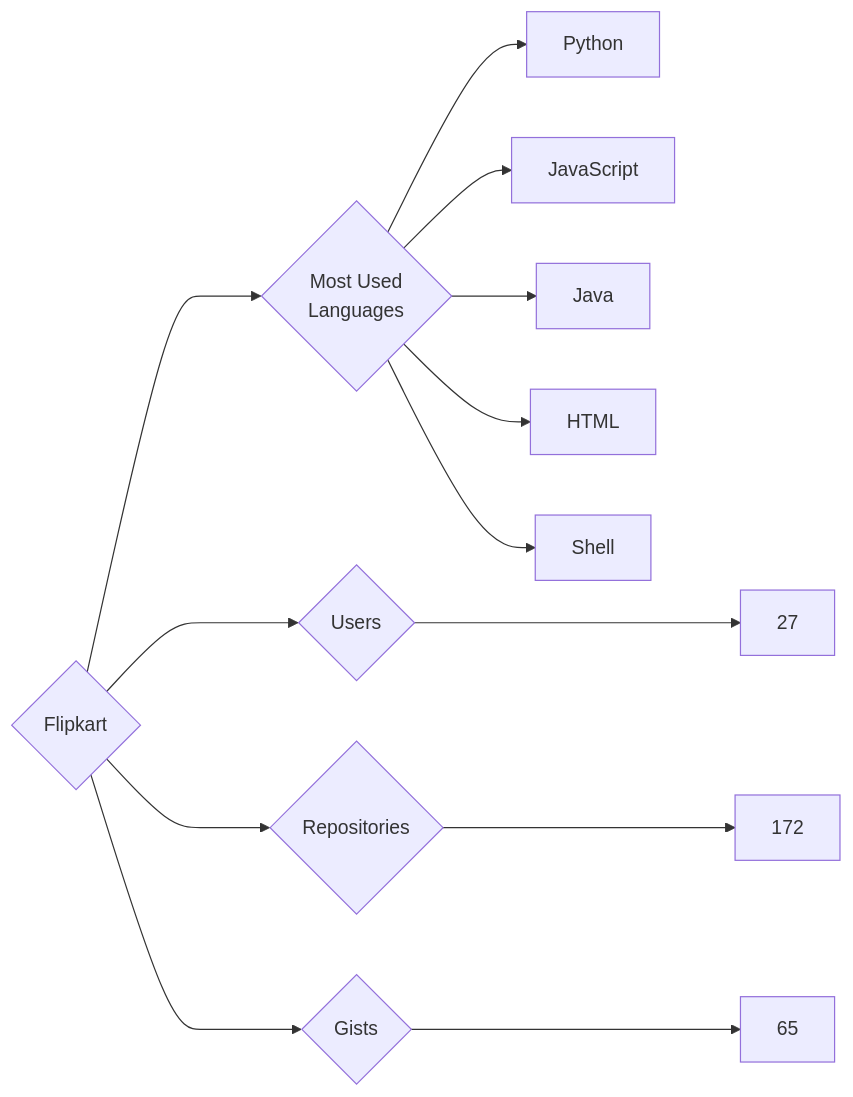
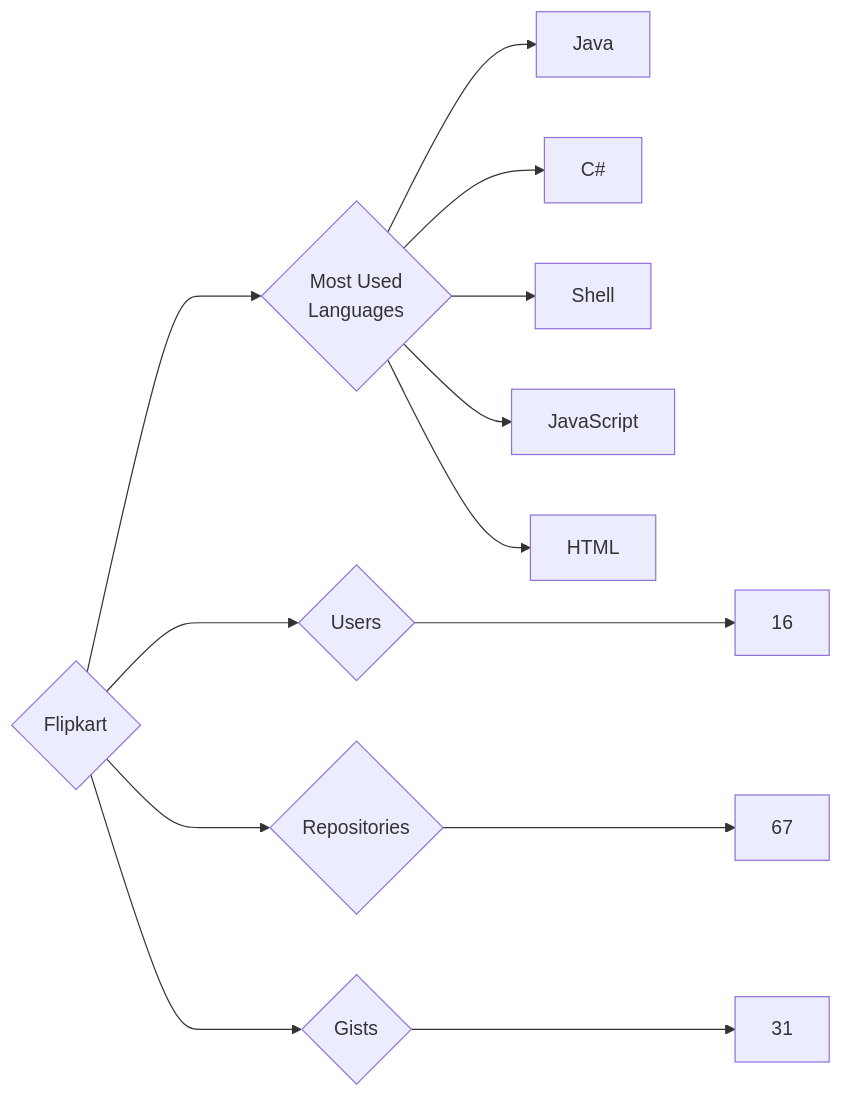
Before and after one commit to trickest/insiders: the diagram in targets/Flipkart/README.md, drawn with Mermaid. The commit also changed 932 other files, not shown here.

````diff
--- a/targets/Flipkart/README.md
+++ b/targets/Flipkart/README.md
@@ -3,13 +3,13 @@
 ```mermaid
 graph LR
 COMPANY_NAME{Flipkart}
-COMPANY_NAME ---> U{Users} ---> UN[27]
-COMPANY_NAME ---> R{Repositories} ---> RN[172]
-COMPANY_NAME ---> G{Gists} ---> GN[65]
+COMPANY_NAME ---> U{Users} ---> UN[16]
+COMPANY_NAME ---> R{Repositories} ---> RN[67]
+COMPANY_NAME ---> G{Gists} ---> GN[31]
 COMPANY_NAME ---> ML{Most Used<br>Languages}
-ML --> Python[Python]
+ML --> Java[Java]
+ML --> C#[C#]
+ML --> Shell[Shell]
 ML --> JavaScript[JavaScript]
-ML --> Java[Java]
 ML --> HTML[HTML]
-ML --> Shell[Shell]
 ```
````
